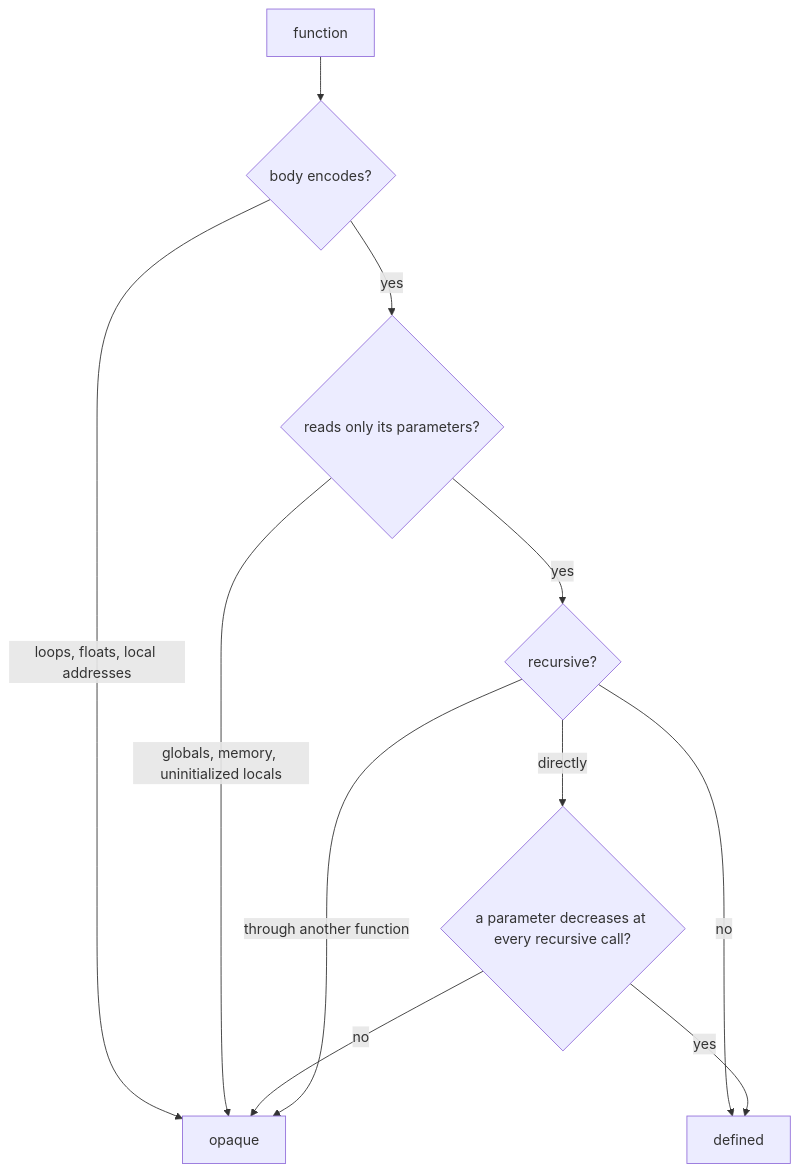
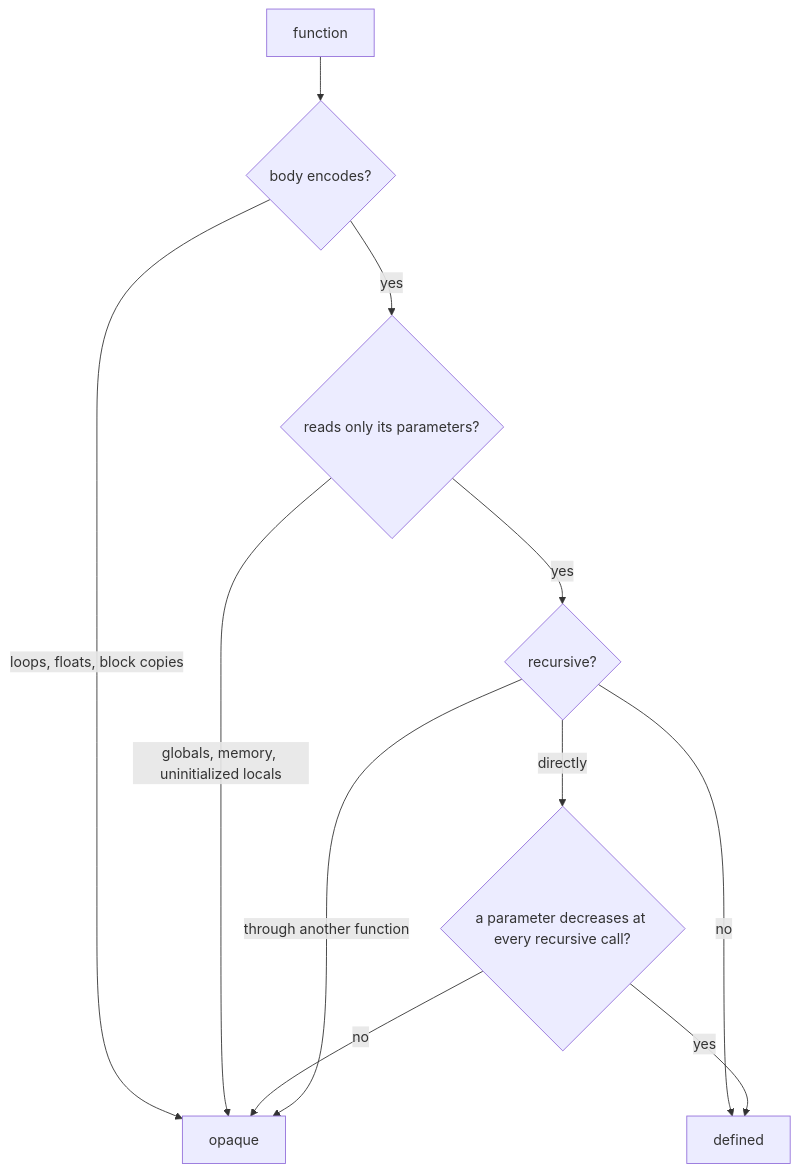
Before and after one commit to The-Mettle-Project/Mettle: the first of 2 diagrams in docs/proofs.md, drawn with Mermaid. The commit also changed other lines of this file and 9 other files, not shown here.

````diff
--- a/docs/proofs.md
+++ b/docs/proofs.md
@@ -181,13 +191,13 @@
 ```mermaid
 flowchart TD
   F[function] --> E{body encodes?}
-  E -- loops, floats, local addresses --> O[opaque]
+  E -- loops, floats, block copies --> O[opaque]
   E -- yes --> R{reads only its parameters?}
   R -- globals, memory, uninitialized locals --> O
   R -- yes --> C{recursive?}
   C -- no --> D[defined]
   C -- directly --> M{a parameter decreases at every recursive call?}
   M -- yes --> D
   M -- no --> O
   C -- through another function --> O
 ```
````
